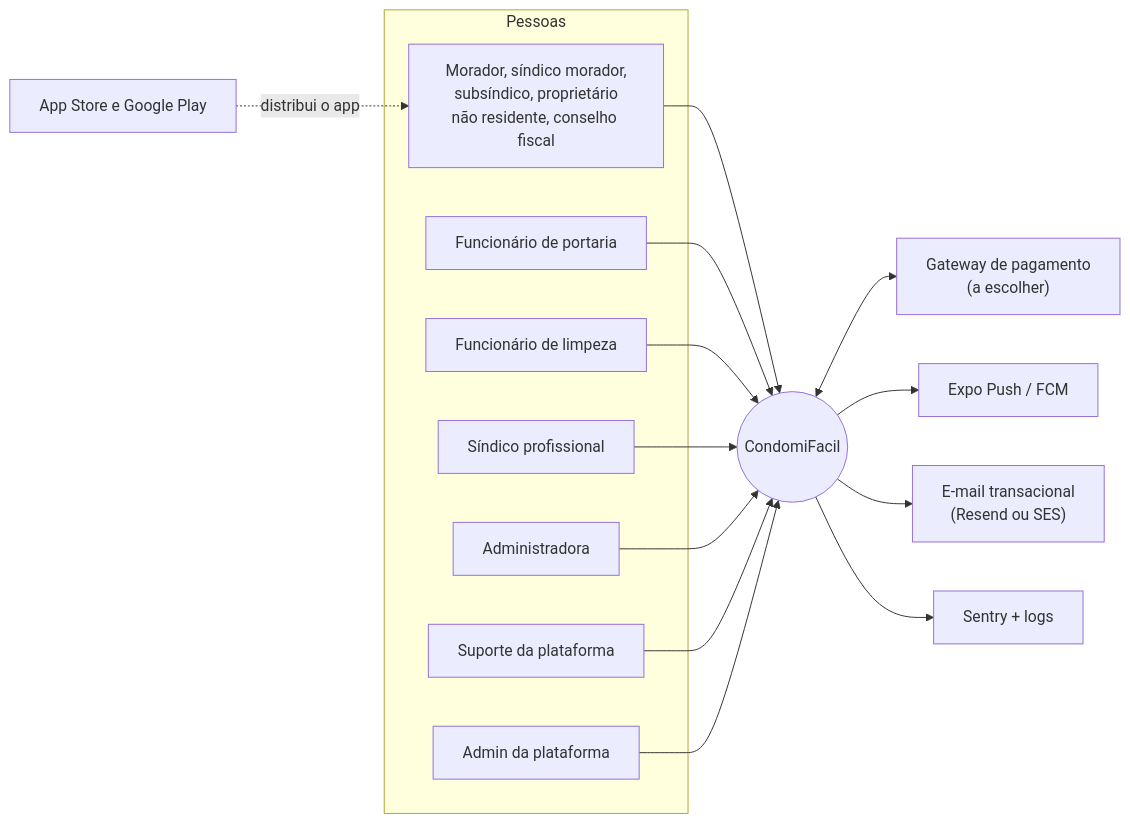
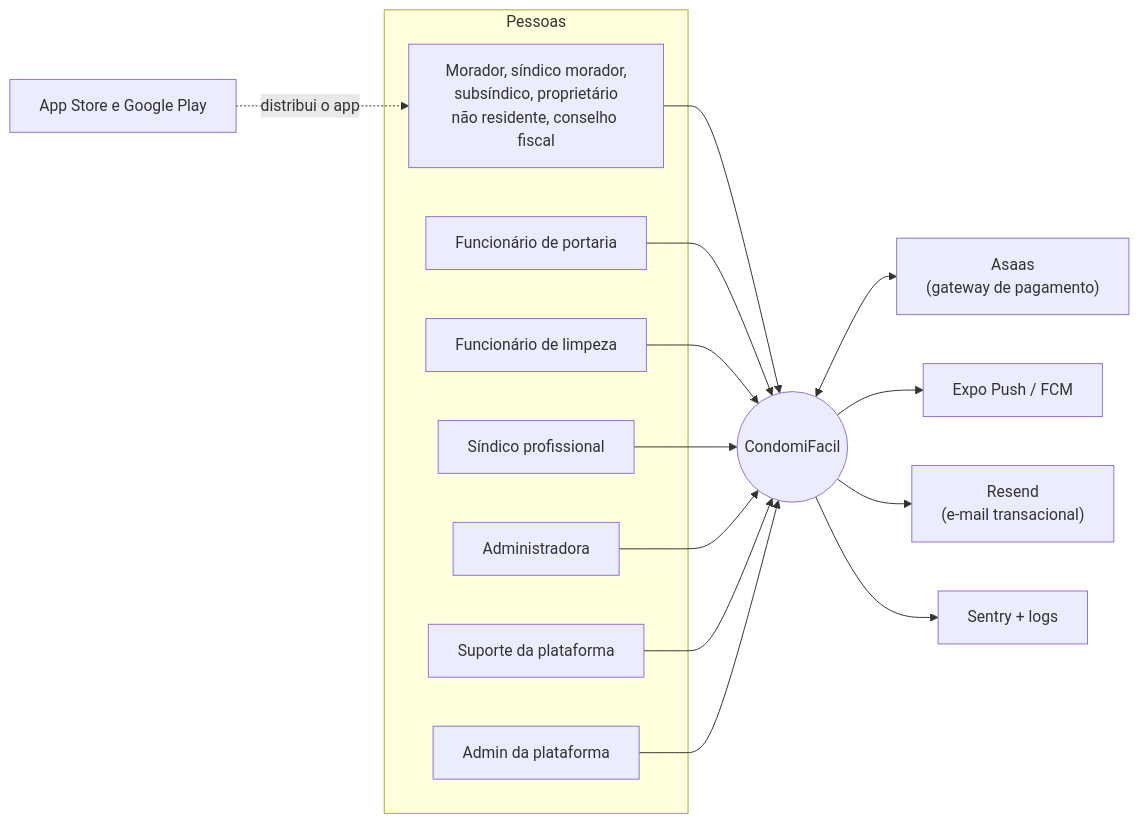
The first of 7 diagrams in docs/03-arquitetura/01-arquitetura.md (pedrolems/CondomiFacil), drawn with Mermaid before and after one commit. The commit also changed other lines of this file and 33 other files, not shown here.

First line of the commit message:
Documentação da API (OpenAPI e AsyncAPI) e escolha de Asaas, Supabase + Render e Resend

````diff
--- a/docs/03-arquitetura/01-arquitetura.md
+++ b/docs/03-arquitetura/01-arquitetura.md
@@ -38,33 +38,33 @@
 ```mermaid
 flowchart LR
     subgraph Pessoas
         MOR["Morador, síndico morador,<br/>subsíndico, proprietário<br/>não residente, conselho fiscal"]
         POR["Funcionário de portaria"]
         LIM["Funcionário de limpeza"]
         SIP["Síndico profissional"]
         ADM["Administradora"]
         SUP["Suporte da plataforma"]
         APL["Admin da plataforma"]
     end
 
     CF(("CondomiFacil"))
 
-    GW["Gateway de pagamento<br/>(a escolher)"]
+    GW["Asaas<br/>(gateway de pagamento)"]
     PUSH["Expo Push / FCM"]
-    MAIL["E-mail transacional<br/>(Resend ou SES)"]
+    MAIL["Resend<br/>(e-mail transacional)"]
     MON["Sentry + logs"]
     LOJA["App Store e Google Play"]
 
     MOR --> CF
     POR --> CF
     LIM --> CF
     SIP --> CF
     ADM --> CF
     SUP --> CF
     APL --> CF
     CF <--> GW
     CF --> PUSH
     CF --> MAIL
     CF --> MON
     LOJA -. distribui o app .-> MOR
 ```
````
